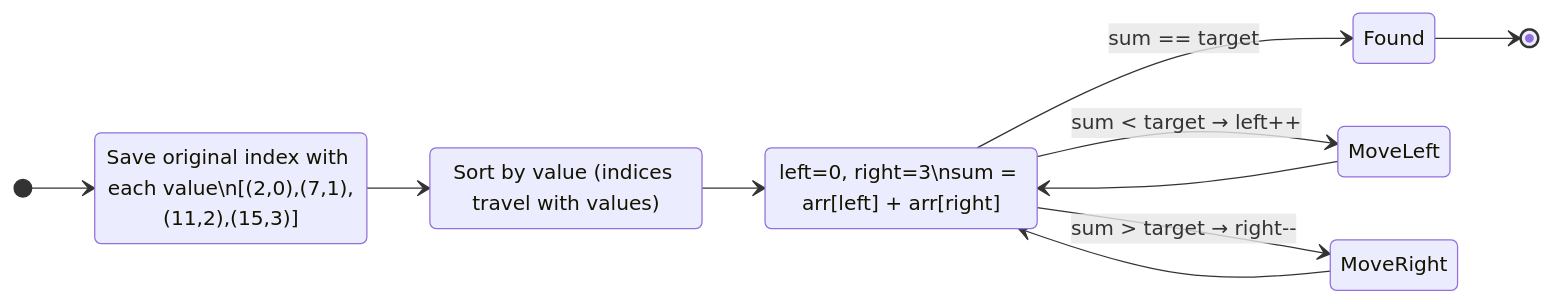
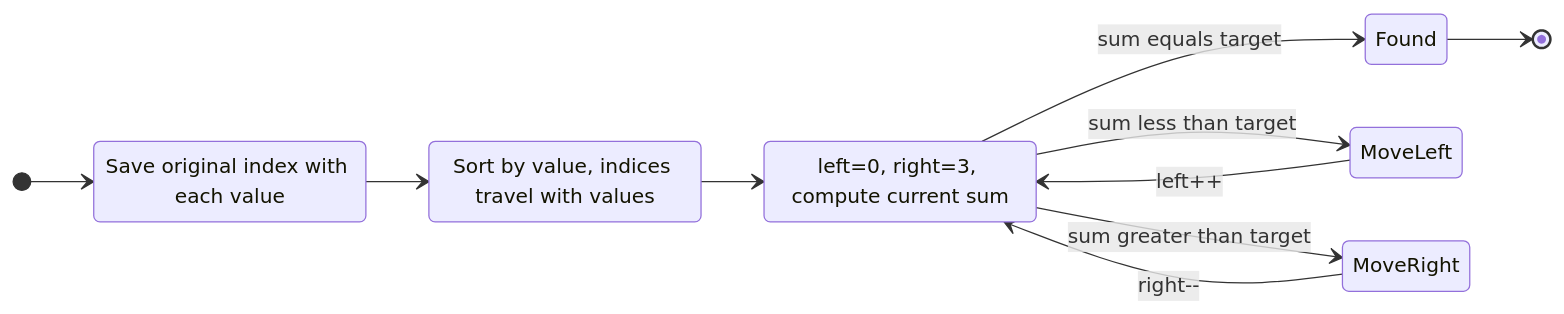
The seventh of 12 diagrams in 01 - Two Sum/README.md (M-F-Tushar/LeetCode-Problem-Solving), drawn with Mermaid before and after one commit. The commit also changed other lines of this file, not shown here.

````diff
--- a/01 - Two Sum/README.md
+++ b/01 - Two Sum/README.md
@@ -220,20 +219,20 @@
 ```mermaid
 stateDiagram-v2
     direction LR
     [*] --> SaveIndices
-    SaveIndices: Save original index with each value\n[(2,0),(7,1),(11,2),(15,3)]
+    SaveIndices: Save original index with each value
 
     SaveIndices --> SortByValue
-    SortByValue: Sort by value (indices travel with values)
+    SortByValue: Sort by value, indices travel with values
 
     SortByValue --> Compare
-    Compare: left=0, right=3\nsum = arr[left] + arr[right]
+    Compare: left=0, right=3, compute current sum
 
-    Compare --> Found: sum == target
-    Compare --> MoveLeft: sum < target → left++
-    Compare --> MoveRight: sum > target → right--
+    Compare --> Found: sum equals target
+    Compare --> MoveLeft: sum less than target
+    Compare --> MoveRight: sum greater than target
 
-    MoveLeft --> Compare
-    MoveRight --> Compare
+    MoveLeft --> Compare: left++
+    MoveRight --> Compare: right--
     Found --> [*]
 ```
````
